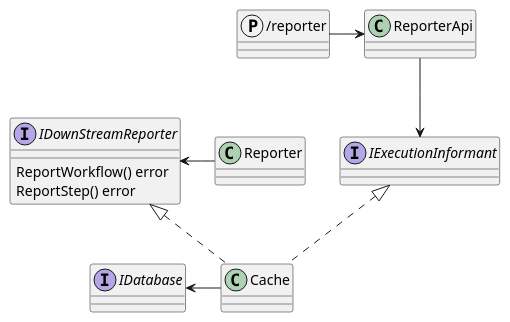
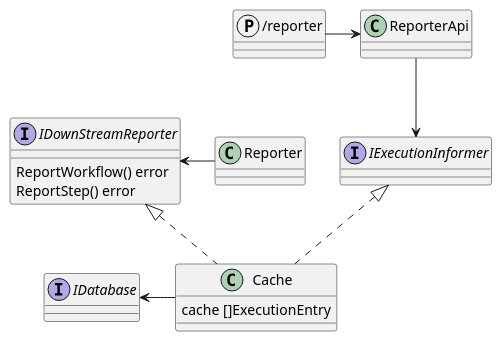
The second of 2 diagrams in docs/content/en/docs/core-components/reporting.md (COSSAS/SOARCA), drawn with PlantUML before and after one commit. The commit also changed 2 other files, not shown here.

Commit message:
add cache skeleton

````diff
--- a/docs/content/en/docs/core-components/reporting.md
+++ b/docs/content/en/docs/core-components/reporting.md
@@ -94,29 +94,30 @@
 ```plantuml
 @startuml
 
 protocol /reporter
 
 interface IDownStreamReporter {
     ReportWorkflow() error
 	ReportStep() error
 }
 interface IDatabase
 
-interface IExecutionInformant
+interface IExecutionInformer
 
 class ReporterApi
 class Reporter
 class Cache {
-    
+    cache []ExecutionEntry
 }
+
 
 "/reporter" -right-> ReporterApi
 
 Reporter -left-> IDownStreamReporter
 Cache -left-> IDatabase
 
 Cache .up.|> IDownStreamReporter
-Cache .up.|> IExecutionInformant
-ReporterApi -down-> IExecutionInformant
+Cache .up.|> IExecutionInformer
+ReporterApi -down-> IExecutionInformer
 
 ```
````
